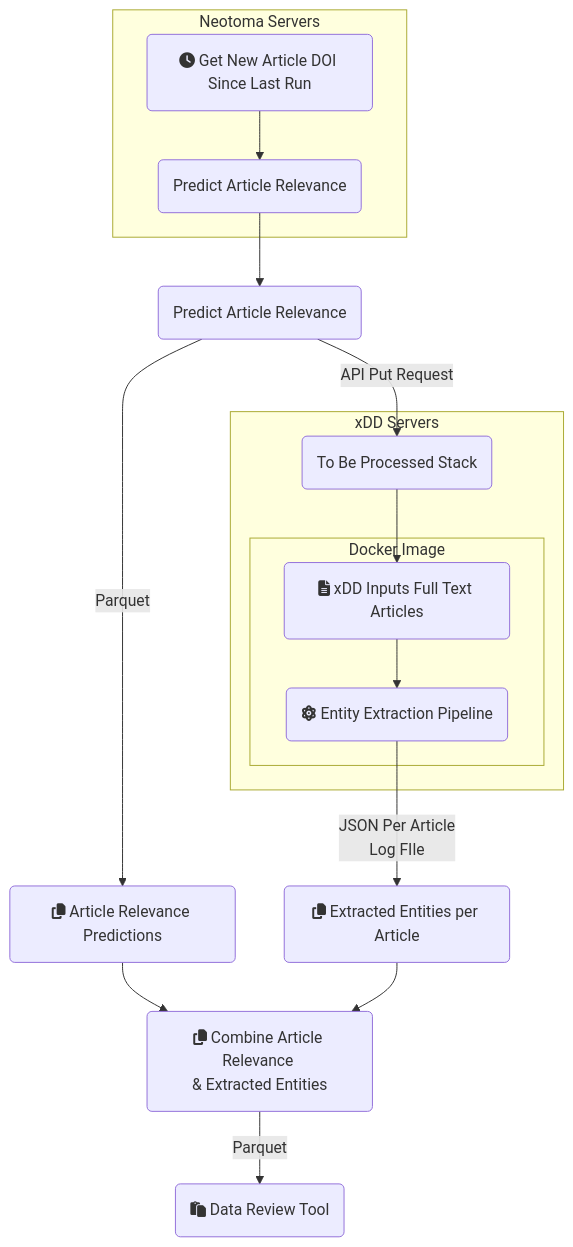
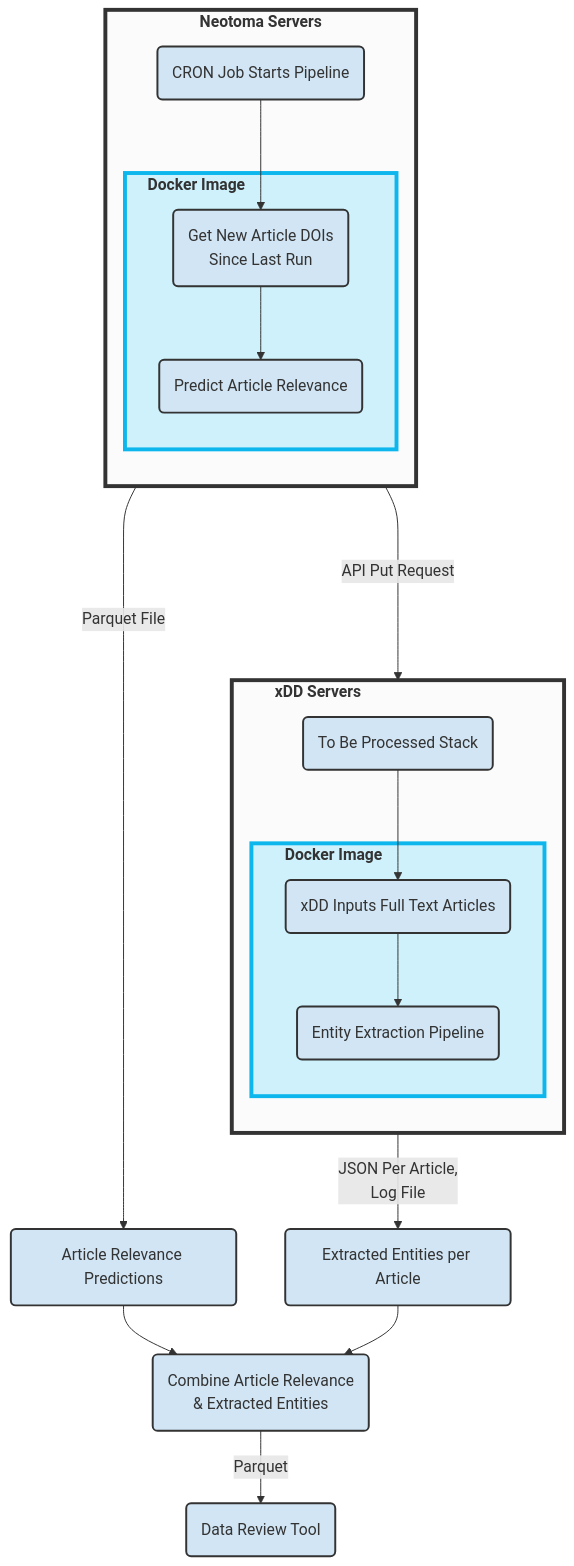
Before and after one commit to NeotomaDB/MetaExtractor: the second of 2 diagrams in reports/final/finding-fossils-final.qmd, drawn with Mermaid.

Commit message:
bug: fixed deployment pipeline diagram

````diff
--- a/reports/final/finding-fossils-final.qmd
+++ b/reports/final/finding-fossils-final.qmd
@@ -773,35 +773,47 @@
 ```{mermaid}
-
+%%| label: deployment_pipeline
+%%| fig-cap: "This is how the MetaExtractor pipeline flows between the different components."
+%%| fig-height: 6
 graph TD
-subgraph Neotoma Servers
-  A(fa:fa-clock Get New Article DOI Since Last Run)
-  B(Predict Article Relevance)
-end
-
-subgraph xDD Servers
-  C(To Be Processed Stack)
-    subgraph Docker Image
-        D(fa:fa-file-lines xDD Inputs Full Text Articles)
-        E(fa:fa-atom Entity Extraction Pipeline)
+subgraph neotoma [Neotoma Servers]
+    direction TB
+    L(CRON Job Starts Pipeline)
+    subgraph relevance_docker [Docker Image &nbsp&nbsp&nbsp&nbsp&nbsp&nbsp&nbsp&nbsp&nbsp&nbsp&nbsp&nbsp&nbsp&nbsp&nbsp&nbsp&nbsp&nbsp&nbsp&nbsp&nbsp&nbsp&nbsp&nbsp&nbsp&nbsp&nbsp&nbsp&nbsp&nbsp&nbsp&nbsp]
+      A(Get New Article DOIs<br> Since Last Run)
+      B(Predict Article Relevance)
     end
 end
+subgraph xdd [xDD Servers &nbsp&nbsp&nbsp&nbsp&nbsp&nbsp&nbsp&nbsp&nbsp&nbsp&nbsp&nbsp&nbsp&nbsp&nbsp&nbsp&nbsp&nbsp&nbsp&nbsp&nbsp&nbsp&nbsp&nbsp&nbsp&nbsp&nbsp&nbsp&nbsp&nbsp&nbsp&nbsp&nbsp&nbsp&nbsp&nbsp&nbsp&nbsp&nbsp&nbsp]
+    direction TB
+  C(To Be Processed Stack)
+    subgraph entity_docker [Docker Image &nbsp&nbsp&nbsp&nbsp&nbsp&nbsp&nbsp&nbsp&nbsp&nbsp&nbsp&nbsp&nbsp&nbsp&nbsp&nbsp&nbsp&nbsp&nbsp&nbsp&nbsp&nbsp&nbsp&nbsp&nbsp&nbsp&nbsp&nbsp&nbsp&nbsp&nbsp&nbsp]
+        D(xDD Inputs Full Text Articles)
+        E(Entity Extraction Pipeline)
+    end
+end
+G(Article Relevance Predictions)
+H(Extracted Entities per Article)
+I(Combine Article Relevance <br>& Extracted Entities)
+J(Data Review Tool)
+L --> A
+A --> B
+B -----> |Parquet File| G
+B --> |API Put Request| C
+C --> D
+D --> E
+E --> |JSON Per Article,\nLog File| H
+G --> I
+H --> I
+I --> |Parquet| J
 
-  F(Predict Article Relevance)
-  G(fa:fa-copy Article Relevance Predictions)
-  H(fa:fa-copy Extracted Entities per Article)
-  I(fa:fa-copy Combine Article Relevance \n& Extracted Entities)
-  J(fa:fa-paste Data Review Tool)
-  
-  A --> B
-  B --> F
-  F -----> |Parquet| G
-  F --> |API Put Request| C
-  
-  C --> D
-  D --> E
-  E --> |JSON Per Article\nLog FIle| H
-  G --> I
-  H --> I
-  I --> |Parquet| J
-
+%% create a class for styling subgraphs
+classDef subg fill:#fbfbfb,stroke:#333,stroke-width:4px,font-weight:bold;
+classDef docker fill:#cef1fc,stroke:#0db7ed,stroke-width:4px,font-weight:bold,align:left;
+%% create a class for styling the nodes
+classDef nodes fill:#D1E5F4,stroke:#333,stroke-width:2px;
+%% style each node
+class A,B,C,D,E,F,G,H,I,J,K,L nodes;
+%% style each subgraph
+class neotoma,xdd subg;
+class entity_docker,relevance_docker docker;
 ```
````
